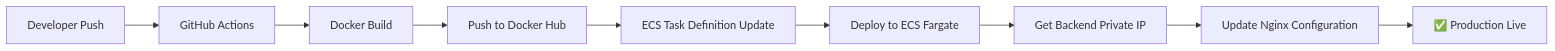
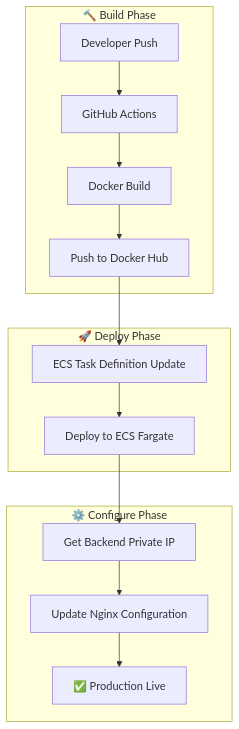
One commit to huyt39/AOV-Social-Platform changed the second of 2 diagrams in README.md. Above: the diagram before and after it, drawn with Mermaid. The commit also changed other lines of this file and 1 other file, not shown here.

````diff
--- a/README.md
+++ b/README.md
@@ -285,11 +239,19 @@
 ```mermaid
-flowchart LR
-    A["Developer Push"] --> B["GitHub Actions"]
-    B --> C["Docker Build"]
-    C --> D["Push to Docker Hub"]
-    D --> E["ECS Task Definition Update"]
-    E --> F["Deploy to ECS Fargate"]
-    F --> G["Get Backend Private IP"]
-    G --> H["Update Nginx Configuration"]
-    H --> I["✅ Production Live"]
+flowchart TB
+    subgraph Build["🔨 Build Phase"]
+        A["Developer Push"] --> B["GitHub Actions"]
+        B --> C["Docker Build"]
+        C --> D["Push to Docker Hub"]
+    end
+    
+    subgraph Deploy["🚀 Deploy Phase"]
+        D --> E["ECS Task Definition Update"]
+        E --> F["Deploy to ECS Fargate"]
+    end
+    
+    subgraph Configure["⚙️ Configure Phase"]
+        F --> G["Get Backend Private IP"]
+        G --> H["Update Nginx Configuration"]
+        H --> I["✅ Production Live"]
+    end
 ```
````
